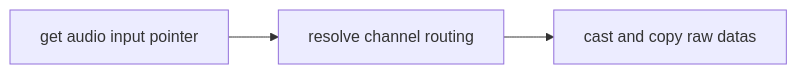
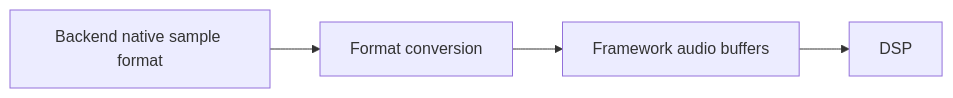
The seventh of 22 diagrams in README.md (Mika-42/core-audio), drawn with Mermaid before and after one commit. The commit also changed other lines of this file and 11 other files, not shown here.

````diff
--- a/README.md
+++ b/README.md
@@ -95,7 +290,11 @@
 ```mermaid
-graph LR
-    A["get audio input pointer"]
-    B["resolve channel routing"]
-    C["cast and copy raw datas"]
-    A --> B --> C
+flowchart LR
+    NATIVE["Backend native sample format"]
+    CONVERT["Format conversion"]
+    FRAMEWORK["Framework audio buffers"]
+    DSP["DSP"]
+
+    NATIVE --> CONVERT
+    CONVERT --> FRAMEWORK
+    FRAMEWORK --> DSP
 ```
````
